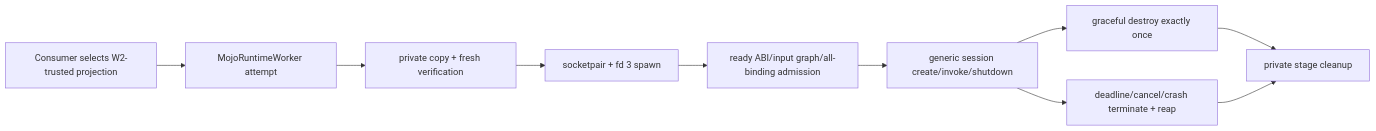
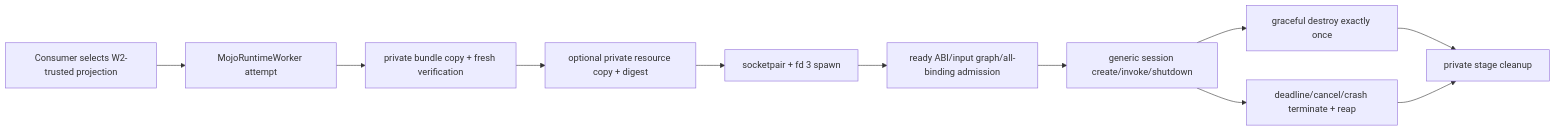
The diagram in Sources/MojoRuntimeWorker/DESIGN.md (1amageek/swift-mojo), drawn with Mermaid before and after one commit. The commit also changed other lines of this file and 15 other files, not shown here.

````diff
--- a/Sources/MojoRuntimeWorker/DESIGN.md
+++ b/Sources/MojoRuntimeWorker/DESIGN.md
@@ -108,12 +133,13 @@
 ```mermaid
 flowchart LR
     Selection["Consumer selects W2-trusted projection"] --> Attempt["MojoRuntimeWorker attempt"]
-    Attempt --> Stage["private copy + fresh verification"]
-    Stage --> Spawn["socketpair + fd 3 spawn"]
+    Attempt --> Stage["private bundle copy + fresh verification"]
+    Stage --> Resource["optional private resource copy + digest"]
+    Resource --> Spawn["socketpair + fd 3 spawn"]
     Spawn --> Ready["ready ABI/input graph/all-binding admission"]
     Ready --> Session["generic session create/invoke/shutdown"]
     Session --> Graceful["graceful destroy exactly once"]
     Session --> Hard["deadline/cancel/crash terminate + reap"]
     Graceful --> Cleanup["private stage cleanup"]
     Hard --> Cleanup
 ```
````
